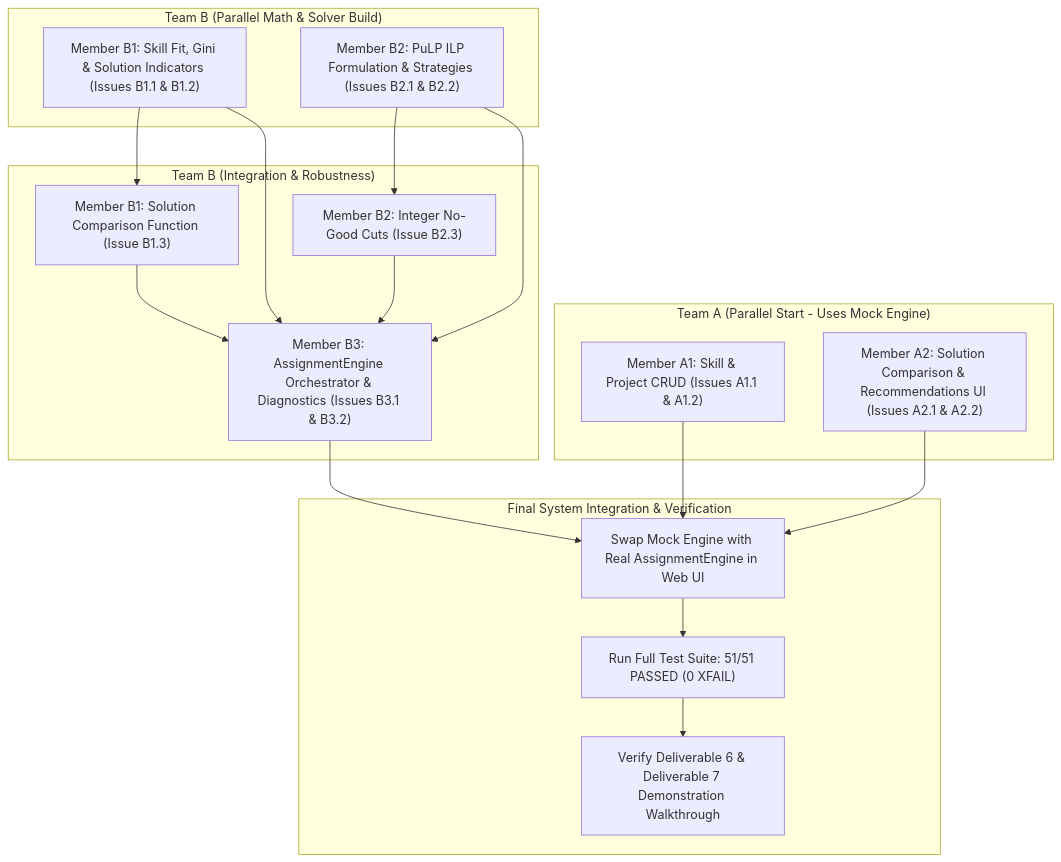
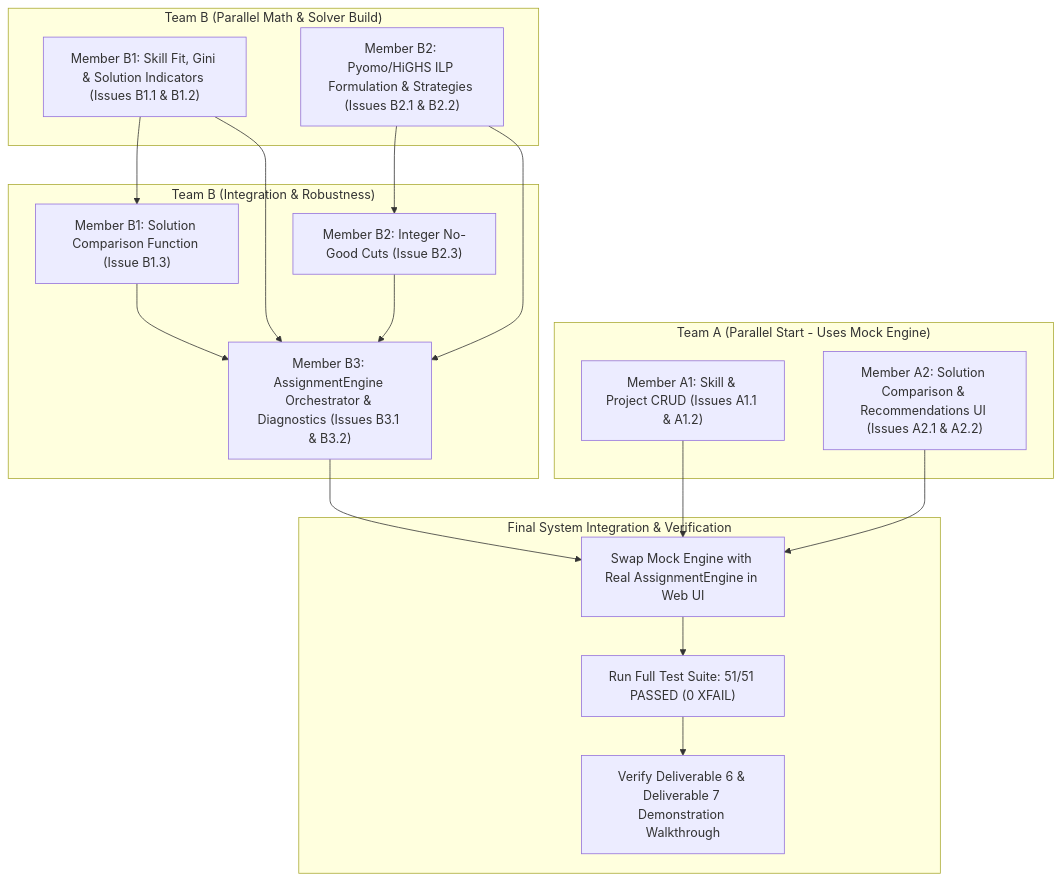
The diagram in docs/team_related/team_task_allocation_plan.md (mvs242430/TECH5-teams_3_17), drawn with Mermaid before and after one commit. The commit also changed other lines of this file and 6 other files, not shown here.

Commit message:
docs(issues): update solver from PuLP to Pyomo and HiGHS

````diff
--- a/docs/team_related/team_task_allocation_plan.md
+++ b/docs/team_related/team_task_allocation_plan.md
@@ -136,37 +136,37 @@
 ```mermaid
 flowchart TD
     subgraph TeamA_Phase1["Team A (Parallel Start - Uses Mock Engine)"]
         A1_Start["Member A1: Skill & Project CRUD (Issues A1.1 & A1.2)"]
         A2_Start["Member A2: Solution Comparison & Recommendations UI (Issues A2.1 & A2.2)"]
     end
 
     subgraph TeamB_Phase1["Team B (Parallel Math & Solver Build)"]
         B1_Start["Member B1: Skill Fit, Gini & Solution Indicators (Issues B1.1 & B1.2)"]
-        B2_Start["Member B2: PuLP ILP Formulation & Strategies (Issues B2.1 & B2.2)"]
+        B2_Start["Member B2: Pyomo/HiGHS ILP Formulation & Strategies (Issues B2.1 & B2.2)"]
     end
 
     subgraph TeamB_Phase2["Team B (Integration & Robustness)"]
         B1_Comp["Member B1: Solution Comparison Function (Issue B1.3)"]
         B2_Cuts["Member B2: Integer No-Good Cuts (Issue B2.3)"]
         B3_Eng["Member B3: AssignmentEngine Orchestrator & Diagnostics (Issues B3.1 & B3.2)"]
     end
 
     subgraph Final_Integration["Final System Integration & Verification"]
         Swap["Swap Mock Engine with Real AssignmentEngine in Web UI"]
         PassAll["Run Full Test Suite: 51/51 PASSED (0 XFAIL)"]
         DemoDocs["Verify Deliverable 6 & Deliverable 7 Demonstration Walkthrough"]
     end
 
     B1_Start --> B1_Comp
     B2_Start --> B2_Cuts
     B1_Start --> B3_Eng
     B2_Start --> B3_Eng
     B1_Comp --> B3_Eng
     B2_Cuts --> B3_Eng
 
     A1_Start --> Swap
     A2_Start --> Swap
     B3_Eng --> Swap
     Swap --> PassAll
     PassAll --> DemoDocs
 ```
````
